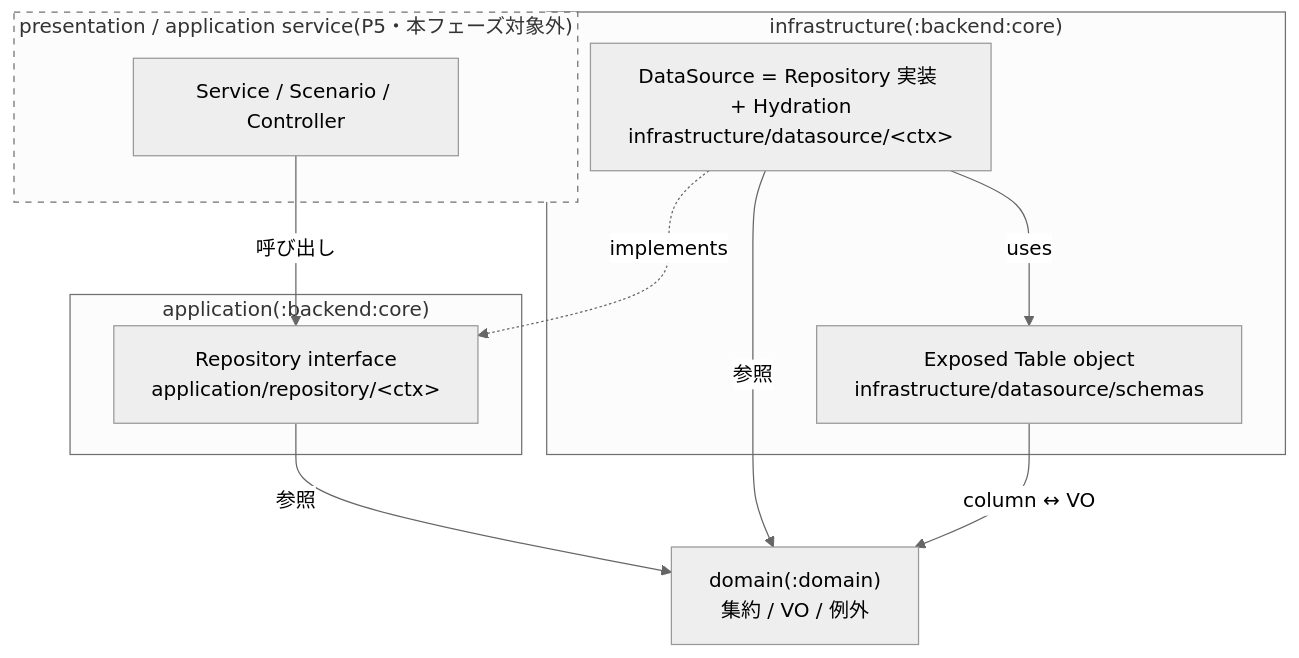
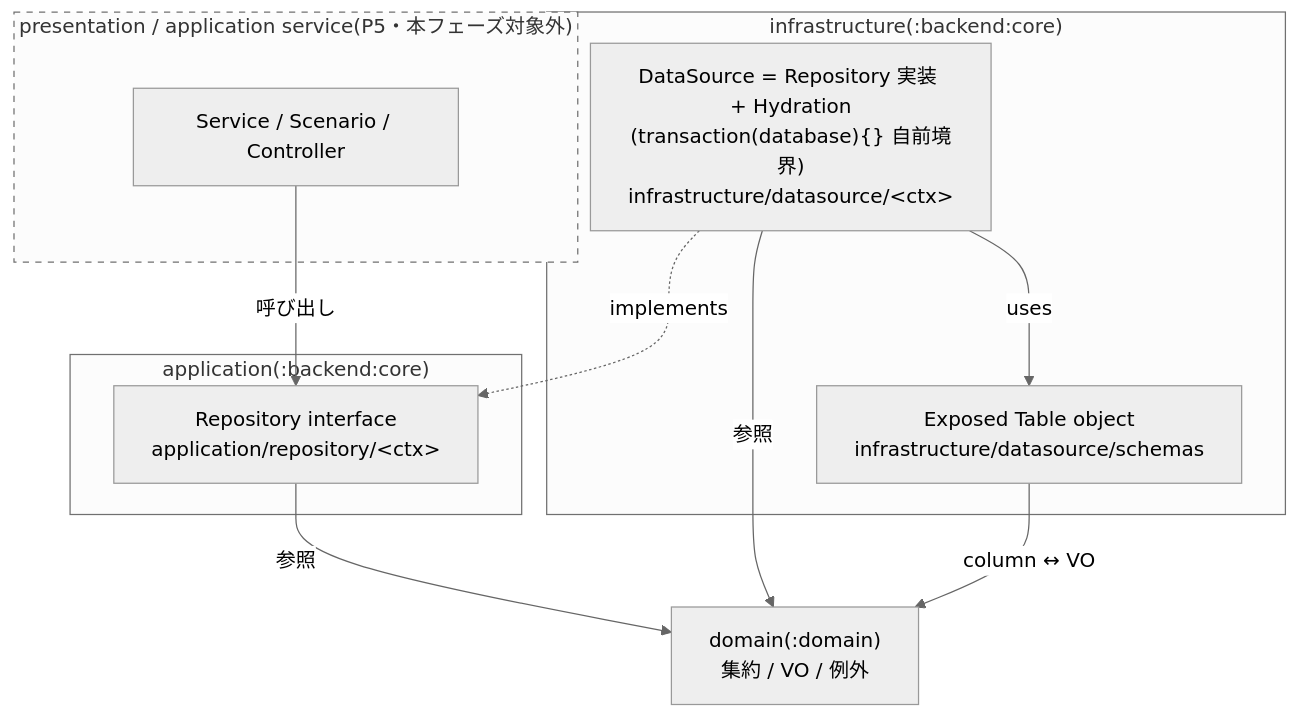
Before and after one commit to bright-room/mindstock: the first of 3 diagrams in docs/superpowers/specs/2026-06-01-p4-backend-infra-migration-design.md, drawn with Mermaid (neutral theme). The commit also changed other lines of this file, not shown here.

````diff
--- a/docs/superpowers/specs/2026-06-01-p4-backend-infra-migration-design.md
+++ b/docs/superpowers/specs/2026-06-01-p4-backend-infra-migration-design.md
@@ -38,23 +39,23 @@
 ```mermaid
 flowchart TD
     subgraph P5["presentation / application service(P5・本フェーズ対象外)"]
         SVC["Service / Scenario / Controller"]
     end
     subgraph APP["application(:backend:core)"]
         REPO["Repository interface<br/>application/repository/&lt;ctx&gt;"]
     end
     subgraph INFRA["infrastructure(:backend:core)"]
-        DS["DataSource = Repository 実装 + Hydration<br/>infrastructure/datasource/&lt;ctx&gt;"]
+        DS["DataSource = Repository 実装 + Hydration<br/>(transaction(database){} 自前境界)<br/>infrastructure/datasource/&lt;ctx&gt;"]
         TBL["Exposed Table object<br/>infrastructure/datasource/schemas"]
     end
     DOMAIN["domain(:domain)<br/>集約 / VO / 例外"]
 
     SVC -->|呼び出し| REPO
     DS -.->|implements| REPO
     DS -->|uses| TBL
     REPO -->|参照| DOMAIN
     DS -->|参照| DOMAIN
     TBL -->|column ↔ VO| DOMAIN
 
     style P5 stroke-dasharray: 5 5
 ```
````
